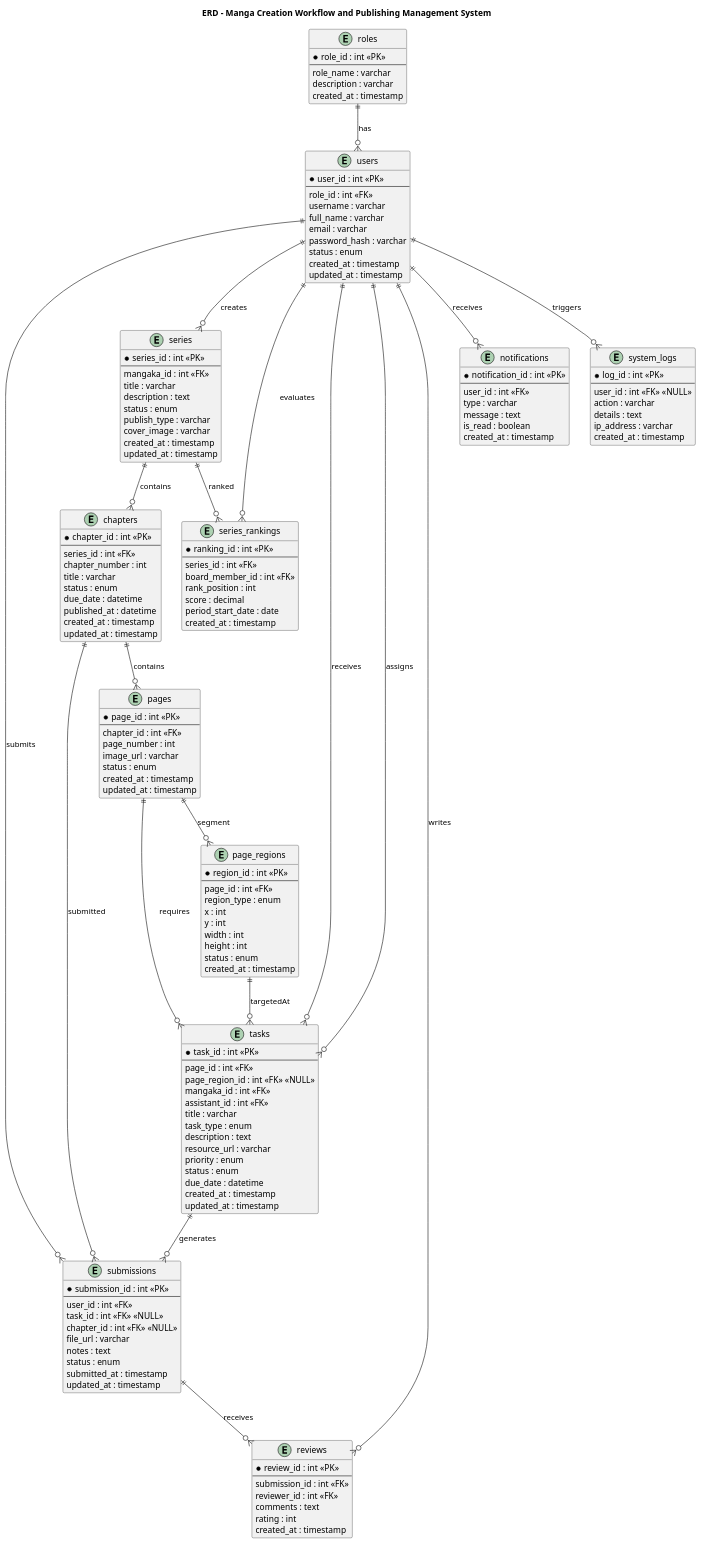
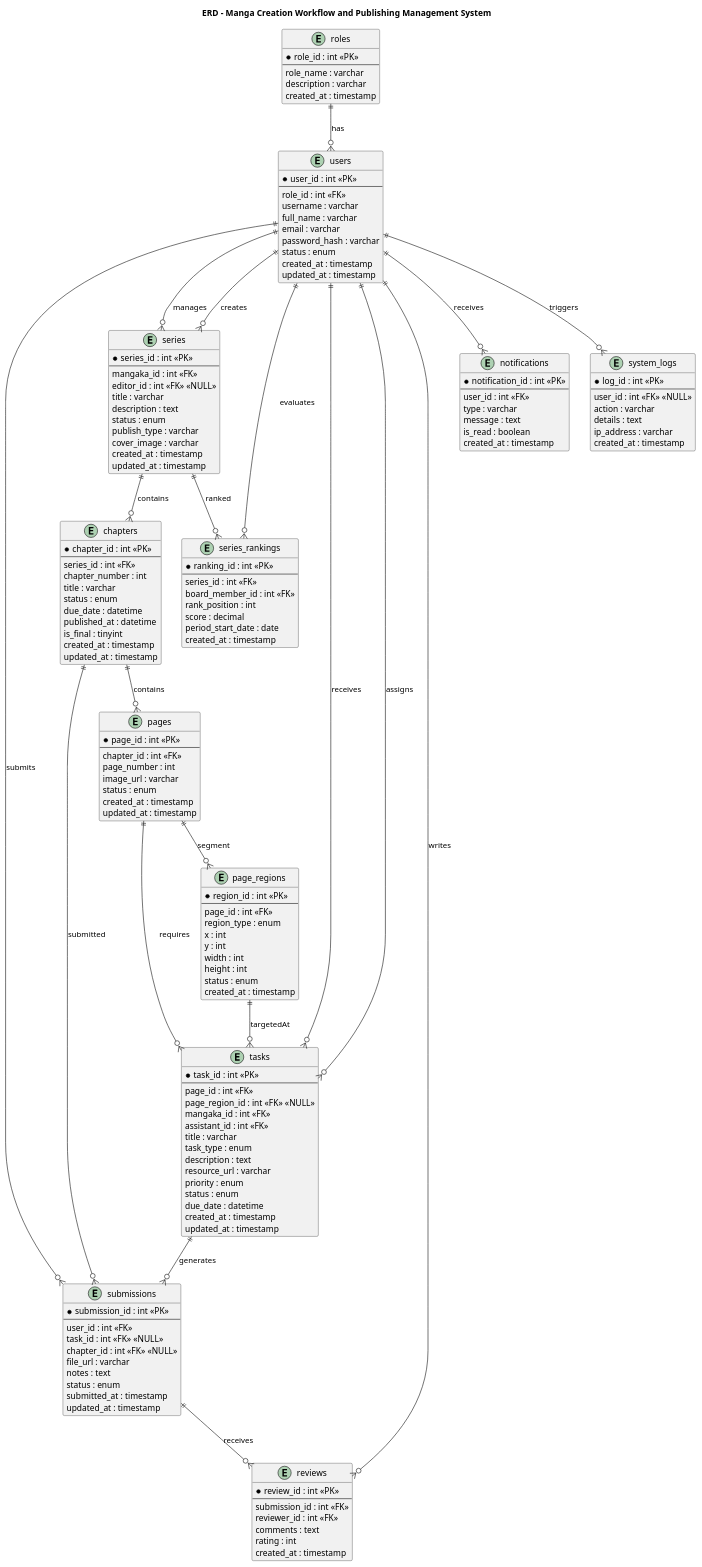
The diagram in UML/ERD.puml (trongtan0079/Manga-publishing-management-system), drawn with PlantUML before and after one commit. The commit also changed 2 other files, not shown here.

Commit message:
UML: Dong bo hoa so do ERD, Class Diagram va So do tuan tu theo cau truc editor_id va is_final moi

```diff
--- a/UML/ERD.puml
+++ b/UML/ERD.puml
@@ -1,173 +1,176 @@
 @startuml
 title ERD - Manga Creation Workflow and Publishing Management System
 
 entity roles {
   *role_id : int <<PK>>
   --
   role_name : varchar
   description : varchar
   created_at : timestamp
 }
 
 entity users {
   *user_id : int <<PK>>
   --
   role_id : int <<FK>>
   username : varchar
   full_name : varchar
   email : varchar
   password_hash : varchar
   status : enum
   created_at : timestamp
   updated_at : timestamp
 }
 
 entity series {
   *series_id : int <<PK>>
   --
   mangaka_id : int <<FK>>
+  editor_id : int <<FK>> <<NULL>>
   title : varchar
   description : text
   status : enum
   publish_type : varchar
   cover_image : varchar
   created_at : timestamp
   updated_at : timestamp
 }
 
 entity chapters {
   *chapter_id : int <<PK>>
   --
   series_id : int <<FK>>
   chapter_number : int
   title : varchar
   status : enum
   due_date : datetime
   published_at : datetime
+  is_final : tinyint
   created_at : timestamp
   updated_at : timestamp
 }
 
 entity page_regions {
   *region_id : int <<PK>>
   --
   page_id : int <<FK>>
   region_type : enum
   x : int
   y : int
   width : int
   height : int
   status : enum
   created_at : timestamp
 }
 
 entity pages {
   *page_id : int <<PK>>
   --
   chapter_id : int <<FK>>
   page_number : int
   image_url : varchar
   status : enum
   created_at : timestamp
   updated_at : timestamp
 }
 
 entity tasks {
   *task_id : int <<PK>>
   --
   page_id : int <<FK>>
   page_region_id : int <<FK>> <<NULL>>
   mangaka_id : int <<FK>>
   assistant_id : int <<FK>>
   title : varchar
   task_type : enum
   description : text
   resource_url : varchar
   priority : enum
   status : enum
   due_date : datetime
   created_at : timestamp
   updated_at : timestamp
 }
 
 entity submissions {
   *submission_id : int <<PK>>
   --
   user_id : int <<FK>>
   task_id : int <<FK>> <<NULL>>
   chapter_id : int <<FK>> <<NULL>>
   file_url : varchar
   notes : text
   status : enum
   submitted_at : timestamp
   updated_at : timestamp
 }
 
 entity reviews {
   *review_id : int <<PK>>
   --
   submission_id : int <<FK>>
   reviewer_id : int <<FK>>
   comments : text
   rating : int
   created_at : timestamp
 }
 
 entity series_rankings {
   *ranking_id : int <<PK>>
   --
   series_id : int <<FK>>
   board_member_id : int <<FK>>
   rank_position : int
   score : decimal
   period_start_date : date
   created_at : timestamp
 }
 
 entity notifications {
   *notification_id : int <<PK>>
   --
   user_id : int <<FK>>
   type : varchar
   message : text
   is_read : boolean
   created_at : timestamp
 }
 
 entity system_logs {
   *log_id : int <<PK>>
   --
   user_id : int <<FK>> <<NULL>>
   action : varchar
   details : text
   ip_address : varchar
   created_at : timestamp
 }
 
 roles ||--o{ users : has
 users ||--o{ system_logs : triggers
 
 users ||--o{ series : creates
+users ||--o{ series : manages
 
 users ||--o{ tasks : assigns
 users ||--o{ tasks : receives
 
 users ||--o{ submissions : submits
 users ||--o{ reviews : writes
 users ||--o{ notifications : receives
 users ||--o{ series_rankings : evaluates
 
 series ||--o{ chapters : contains
 series ||--o{ series_rankings : ranked
 
 chapters ||--o{ pages : contains
 chapters ||--o{ submissions : submitted
 
 pages ||--o{ page_regions : segment
 pages ||--o{ tasks : requires
 page_regions ||--o{ tasks : targetedAt
 tasks ||--o{ submissions : generates
 
 submissions ||--o{ reviews : receives
 
 @enduml
```
